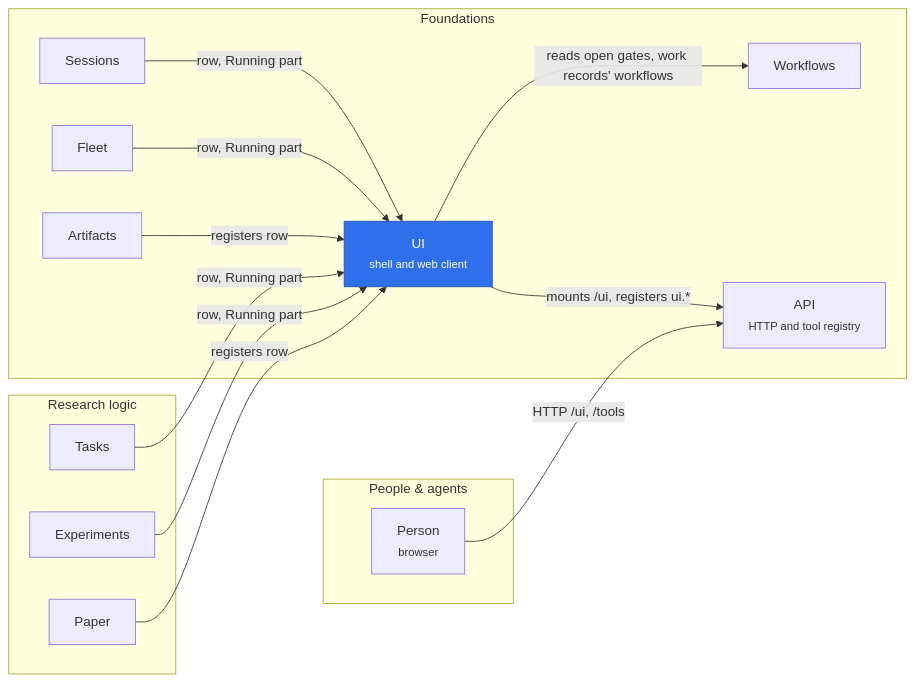
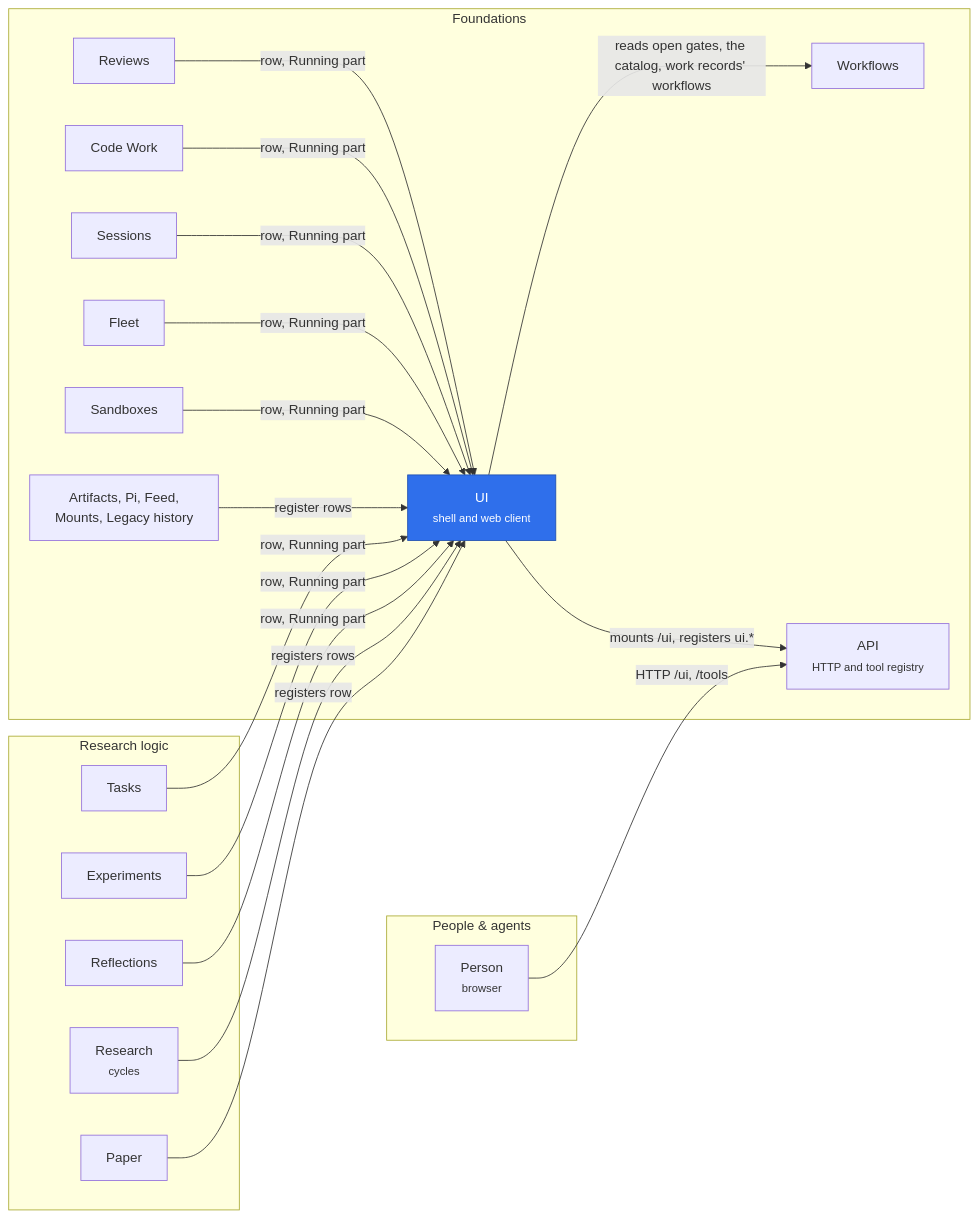
The diagram in merv-typescript/packages/ui/README.md (rapidreview-io/Merv), drawn with Mermaid before and after one commit. The commit also changed other lines of this file and 1 other file, not shown here.

Commit message:
Say in the UI and Reflections READMEs who owns what they draw and pause
UI's README claimed the web client holds no research and drew five of its
fifteen row owners; it now lists them and says what rows and the catalog tell
the shell. Reflections pauses task and experiment starts through its
definition's blocksStarts in Workflows, not by calling either plugin.

````diff
--- a/merv-typescript/packages/ui/README.md
+++ b/merv-typescript/packages/ui/README.md
@@ -7,30 +7,40 @@
 ```mermaid
 flowchart LR
   subgraph people["People & agents"]
     person["Person<br/><small>browser</small>"]
   end
   subgraph research["Research logic"]
     tasks[Tasks]
     experiments[Experiments]
+    reflections[Reflections]
+    researchCycles["Research<br/><small>cycles</small>"]
     paper[Paper]
   end
   subgraph foundations["Foundations"]
     ui["UI<br/><small>shell and web client</small>"]
     api["API<br/><small>HTTP and tool registry</small>"]
+    workflows[Workflows]
+    reviews[Reviews]
+    codeWork[Code Work]
     sessions[Sessions]
     fleet[Fleet]
-    artifacts[Artifacts]
-    workflows[Workflows]
+    sandboxes[Sandboxes]
+    others["Artifacts, Pi, Feed,<br/>Mounts, Legacy history"]
   end
   person -- "HTTP /ui, /tools" --> api
   ui -- "mounts /ui, registers ui.*" --> api
-  ui -- "reads open gates, work records' workflows" --> workflows
+  ui -- "reads open gates, the catalog, work records' workflows" --> workflows
   tasks -- "row, Running part" --> ui
   experiments -- "row, Running part" --> ui
+  reflections -- "row, Running part" --> ui
+  reviews -- "row, Running part" --> ui
+  codeWork -- "row, Running part" --> ui
   sessions -- "row, Running part" --> ui
   fleet -- "row, Running part" --> ui
+  sandboxes -- "row, Running part" --> ui
+  researchCycles -- "registers rows" --> ui
   paper -- "registers row" --> ui
-  artifacts -- "registers row" --> ui
+  others -- "register rows" --> ui
   classDef self fill:#2f6feb,color:#fff,stroke:#1f4fb0
   class ui self
 ```
````
